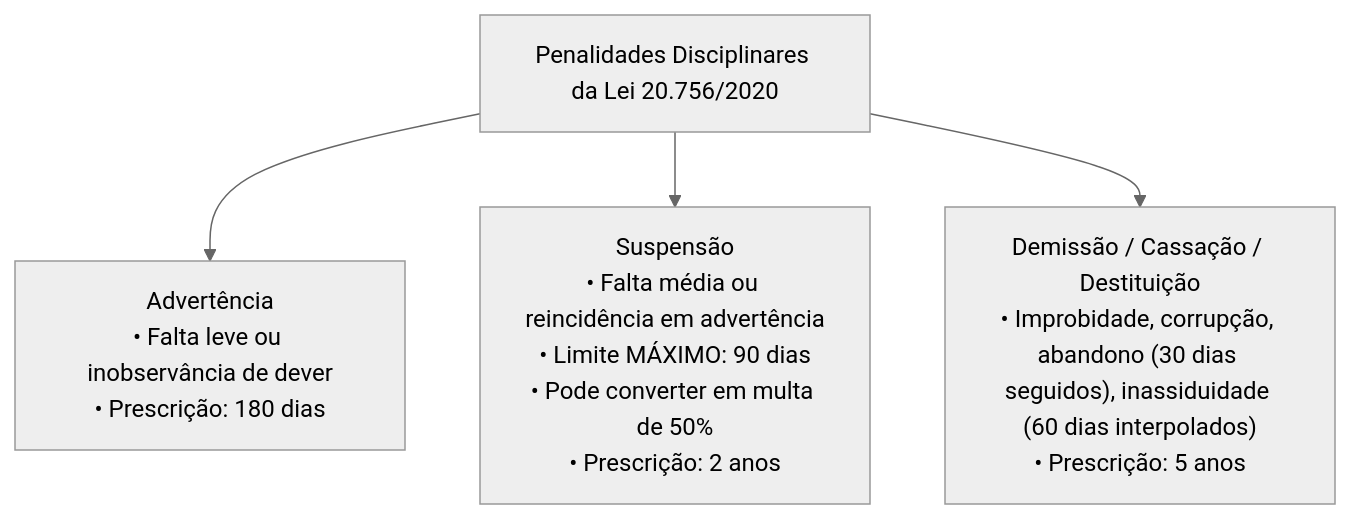
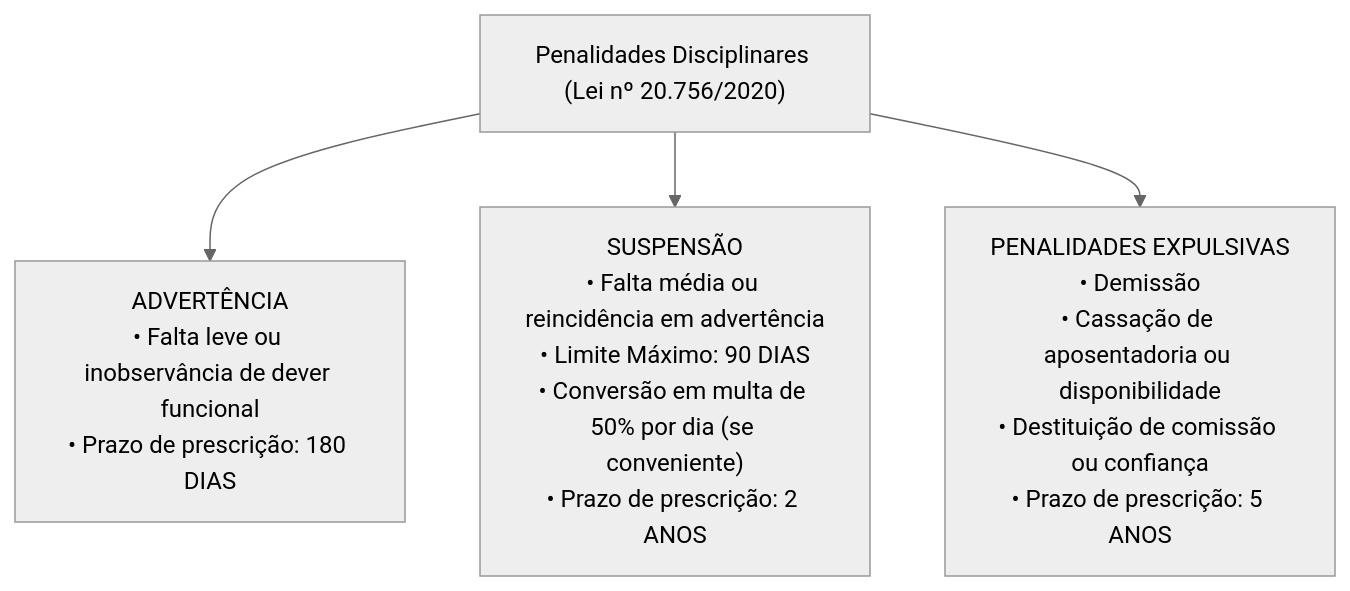
Before and after one commit to thiagosantos346/TCE-GO-2027: the second of 3 diagrams in fontes_de_estudo/conhecimentos_gerais/03_legislacao_institucional/04_regime_juridico_servidores_e_pccr_leis_20756_e_15122.md, drawn with Mermaid (neutral theme). The commit also changed other lines of this file and 119 other files, not shown here.

````diff
--- a/fontes_de_estudo/conhecimentos_gerais/03_legislacao_institucional/04_regime_juridico_servidores_e_pccr_leis_20756_e_15122.md
+++ b/fontes_de_estudo/conhecimentos_gerais/03_legislacao_institucional/04_regime_juridico_servidores_e_pccr_leis_20756_e_15122.md
@@ -142,8 +140,8 @@
 ```mermaid
 graph TD
-    Penalidades[Penalidades Disciplinares da Lei 20.756/2020]
+    Penalidades["Penalidades Disciplinares (Lei nº 20.756/2020)"]
     
-    Penalidades --> Adv["Advertência<br/>• Falta leve ou inobservância de dever<br/>• Prescrição: 180 dias"]
-    Penalidades --> Susp["Suspensão<br/>• Falta média ou reincidência em advertência<br/>• Limite MÁXIMO: 90 dias<br/>• Pode converter em multa de 50%<br/>• Prescrição: 2 anos"]
-    Penalidades --> Dem["Demissão / Cassação / Destituição<br/>• Improbidade, corrupção, abandono (30 dias seguidos), inassiduidade (60 dias interpolados)<br/>• Prescrição: 5 anos"]
+    Penalidades --> Adv["ADVERTÊNCIA<br/>• Falta leve ou inobservância de dever funcional<br/>• Prazo de prescrição: 180 DIAS"]
+    Penalidades --> Susp["SUSPENSÃO<br/>• Falta média ou reincidência em advertência<br/>• Limite Máximo: 90 DIAS<br/>• Conversão em multa de 50% por dia (se conveniente)<br/>• Prazo de prescrição: 2 ANOS"]
+    Penalidades --> Gravissimas["PENALIDADES EXPULSIVAS<br/>• Demissão<br/>• Cassação de aposentadoria ou disponibilidade<br/>• Destituição de comissão ou confiança<br/>• Prazo de prescrição: 5 ANOS"]
 ```
````
